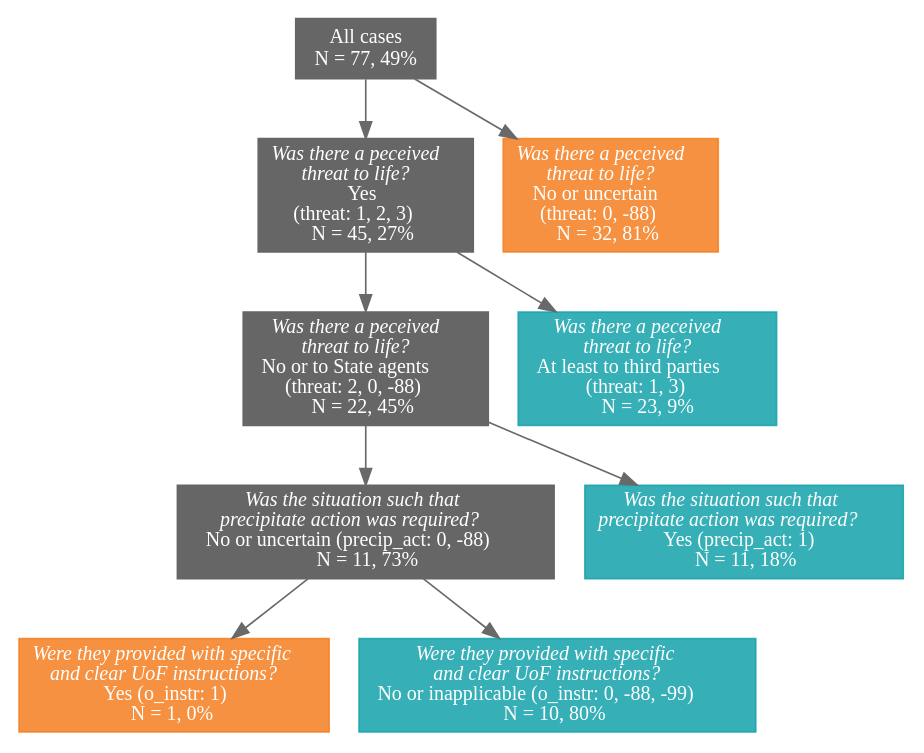
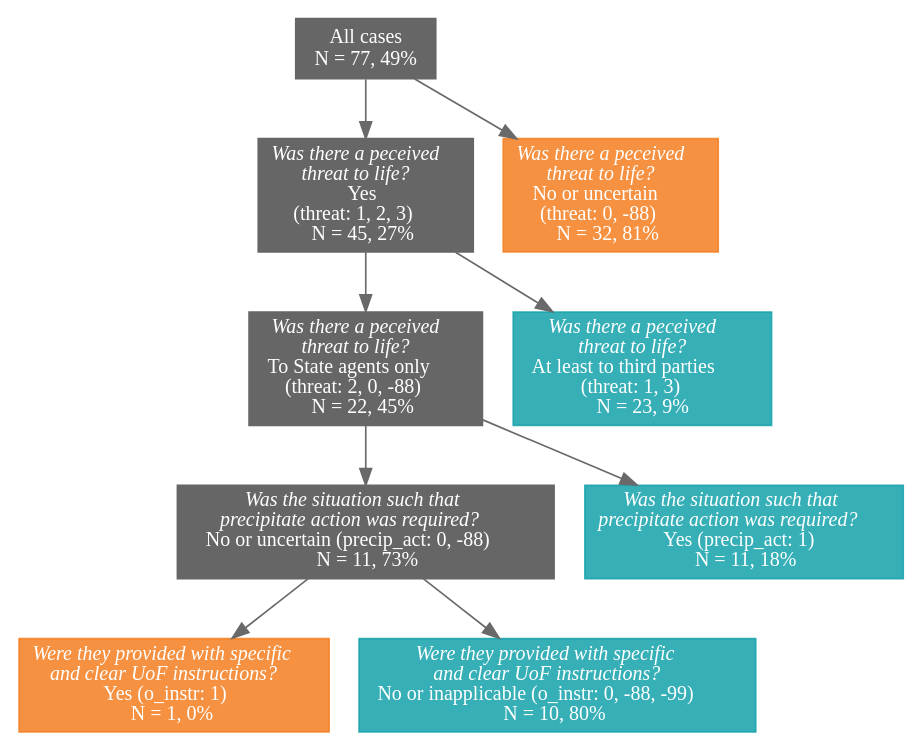
Before and after one commit to jonas-sk/ucf-thesis-analysis: the diagram in graphs/cases-force-tree-graph.gv, drawn with Graphviz. The commit also changed 18 other files, not shown here.

Commit message:
Creating the figure versions of the prettified graphs

```diff
--- a/graphs/cases-force-tree-graph.gv
+++ b/graphs/cases-force-tree-graph.gv
@@ -1,71 +1,71 @@
 strict digraph cases_force_tree_graph {
   graph [fontname = calibri, 
         fontsize = 12,
         splines = polyline,
         layout = dot,
         overlap = false]
   
   #All nodes
   node [shape = box,
         style = filled,
         fontname = calibri, 
         fontsize = 12,
         fontcolor = white,
         fillcolor = "#666666",
         color = "#666666",
         group = decision]
         
   // Inner nodes
   all [label = "All cases \n N = 77, 49%"]
 
   threat1 [label = <<i>Was there a peceived <br/> threat to life?</i> <br/>
   Yes <br/> (threat: 1, 2, 3) <br/>
   N = 45, 27%>]
   
   threat4 [label = <<i>Was there a peceived <br/> threat to life?</i> <br/>
-  No or to State agents <br/> (threat: 2, 0, -88) <br/>
+  To State agents only <br/> (threat: 2, 0, -88) <br/>
   N = 22, 45%>]
   
   precip_act2 [label = <<i>Was the situation such that <br/> precipitate action was required?</i> <br/>
     No or uncertain (precip_act: 0, -88) <br/>
     N = 11, 73%>]
   
   //Positive leaf nodes
   node [fillcolor = "#F48024DD",
         color = "#F48024DD",
         group = leaf]
     
     threat2 [label = <<i>Was there a peceived <br/> threat to life?</i> <br/>
   No or uncertain <br/> (threat: 0, -88) <br/>
   N = 32, 81%>]
   
   o_instr1 [label = <<i>Were they provided with specific <br/> and clear UoF instructions?</i> <br/>
   Yes (o_instr: 1) <br/>
   N = 1, 0%>]
   
   // Negative leaf nodes
   node [fillcolor = "#18A3ACDD",
         color = "#18A3ACDD",
         group = leaf]
         
   threat3 [label = <<i>Was there a peceived <br/> threat to life?</i> <br/>
   At least to third parties <br/> (threat: 1, 3) <br/> 
   N = 23, 9%>]
   
   precip_act1 [label = <<i>Was the situation such that <br/> precipitate action was required?</i> <br/>
     Yes (precip_act: 1) <br/>
     N = 11, 18%>]
     
   o_instr2 [label = <<i>Were they provided with specific <br/> and clear UoF instructions?</i> <br/>
   No or inapplicable (o_instr: 0, -88, -99) <br/>
   N = 10, 80%>]
   
   //Edges
   edge [color = dimgray,
         arrowhead = normal]
         
   all -> { threat1, threat2 }
   threat1 -> { threat3, threat4 }
   threat4 -> { precip_act1, precip_act2 }
   precip_act2 -> { o_instr1, o_instr2 }
 }
```
